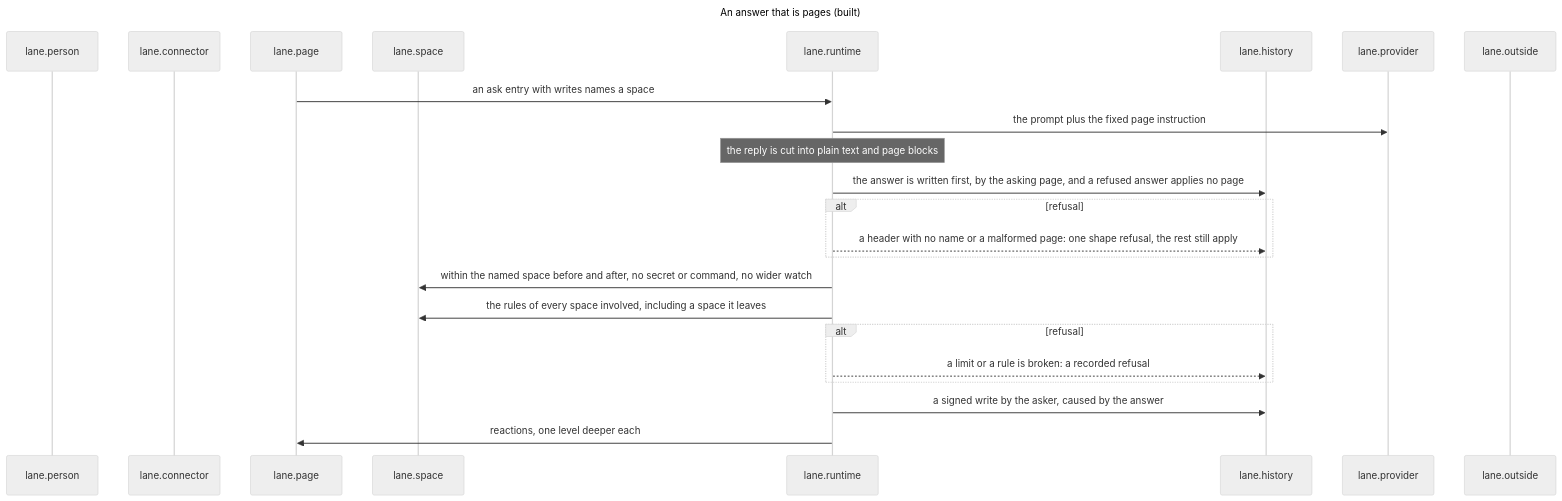
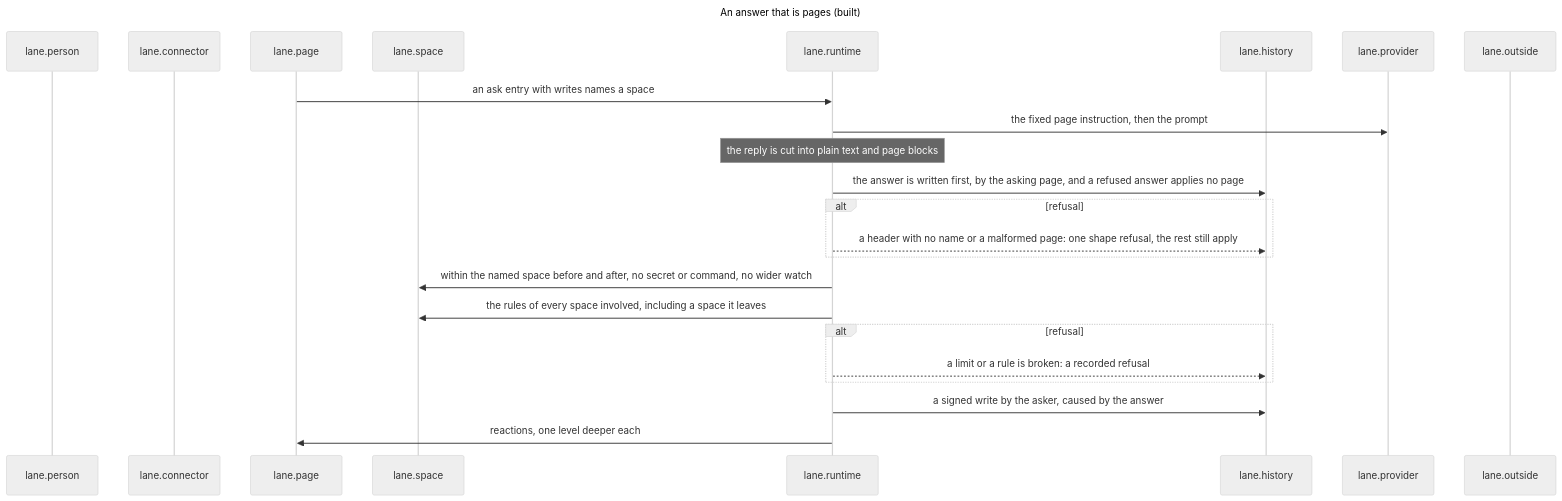
One commit to drksci/conky changed the seventh of 29 diagrams in docs/reference/architecture.md. Above: the diagram before and after it, drawn with Mermaid (neutral theme). The commit also changed 29 other files, not shown here.

First line of the commit message:
feat: benchmark publisher, trail chart, faster checks

````diff
--- a/docs/reference/architecture.md
+++ b/docs/reference/architecture.md
@@ -457,28 +457,28 @@
 ```mermaid
 ---
 title: An answer that is pages (built)
 ---
 sequenceDiagram
     participant lane.person
     participant lane.connector
     participant lane.page
     participant lane.space
     participant lane.runtime
     participant lane.history
     participant lane.provider
     participant lane.outside
     lane.page->>lane.runtime: an ask entry with writes names a space
-    lane.runtime->>lane.provider: the prompt plus the fixed page instruction
+    lane.runtime->>lane.provider: the fixed page instruction, then the prompt
     Note over lane.runtime: the reply is cut into plain text and page blocks
     lane.runtime->>lane.history: the answer is written first, by the asking page, and a refused answer applies no page
     alt refusal
         lane.runtime-->>lane.history: a header with no name or a malformed page: one shape refusal, the rest still apply
     end
     lane.runtime->>lane.space: within the named space before and after, no secret or command, no wider watch
     lane.runtime->>lane.space: the rules of every space involved, including a space it leaves
     alt refusal
         lane.runtime-->>lane.history: a limit or a rule is broken: a recorded refusal
     end
     lane.runtime->>lane.history: a signed write by the asker, caused by the answer
     lane.runtime->>lane.page: reactions, one level deeper each
 ```
````
